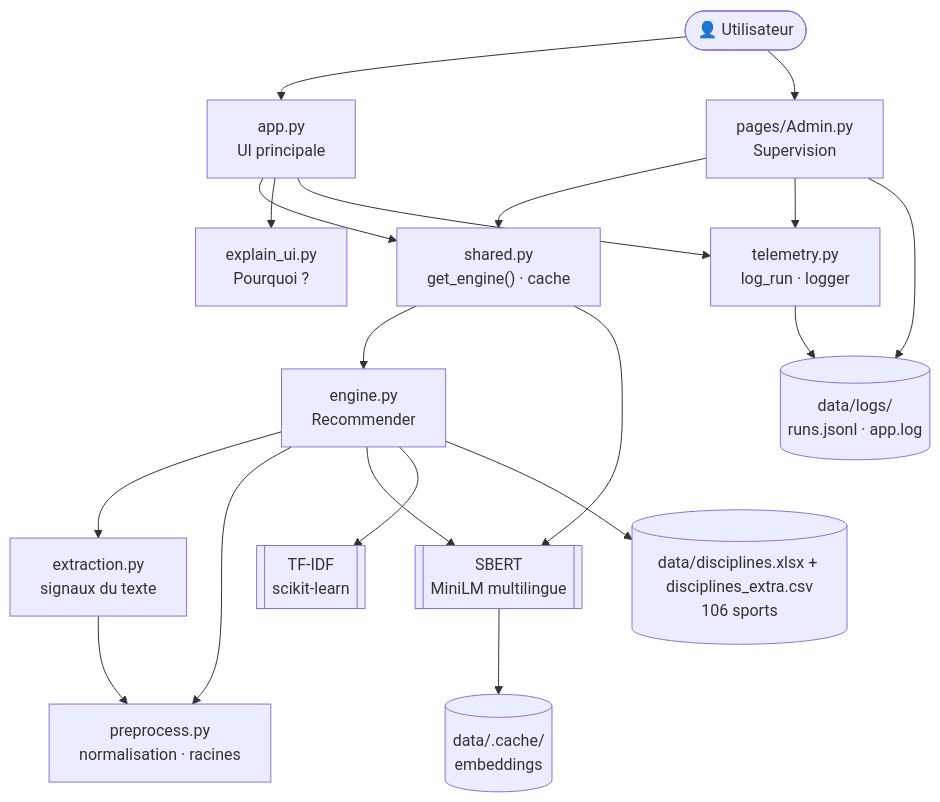
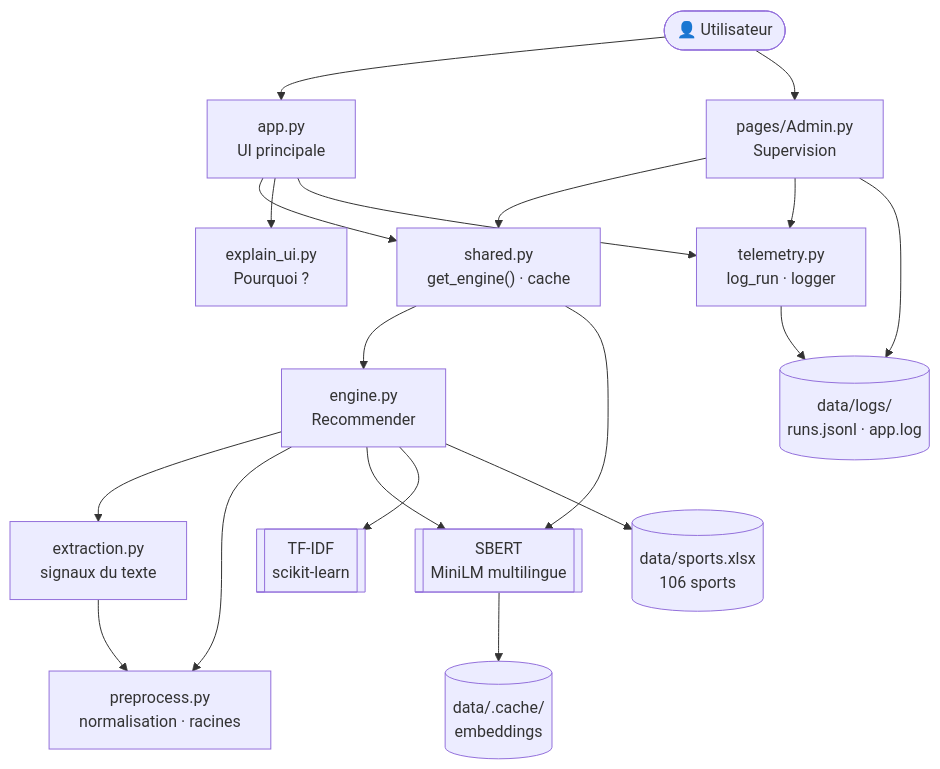
Before and after one commit to AntoineLal/ECE-Projet-NLP: the fourth of 6 diagrams in README.md, drawn with Mermaid. The commit also changed other lines of this file and 9 other files, not shown here.

````diff
--- a/README.md
+++ b/README.md
@@ -156,25 +155,25 @@
 ```mermaid
 flowchart TB
     U(["👤 Utilisateur"]) --> APP["app.py<br/>UI principale"]
     U --> ADM["pages/Admin.py<br/>Supervision"]
 
     APP --> SH["shared.py<br/>get_engine() · cache"]
     ADM --> SH
     APP --> EX["explain_ui.py<br/>Pourquoi ?"]
     APP --> TEL["telemetry.py<br/>log_run · logger"]
     ADM --> TEL
 
     SH --> ENG["engine.py<br/>Recommender"]
     SH --> SB[["SBERT<br/>MiniLM multilingue"]]
 
     ENG --> EXT["extraction.py<br/>signaux du texte"]
     ENG --> PRE["preprocess.py<br/>normalisation · racines"]
     EXT --> PRE
     ENG --> SB
     ENG --> TF[["TF-IDF<br/>scikit-learn"]]
-    ENG --> DATA[("data/disciplines.xlsx + disciplines_extra.csv<br/>106 sports")]
+    ENG --> DATA[("data/sports.xlsx<br/>106 sports")]
 
     TEL --> RUNS[("data/logs/<br/>runs.jsonl · app.log")]
     ADM --> RUNS
     SB --> CACHE[("data/.cache/<br/>embeddings")]
 ```
````
